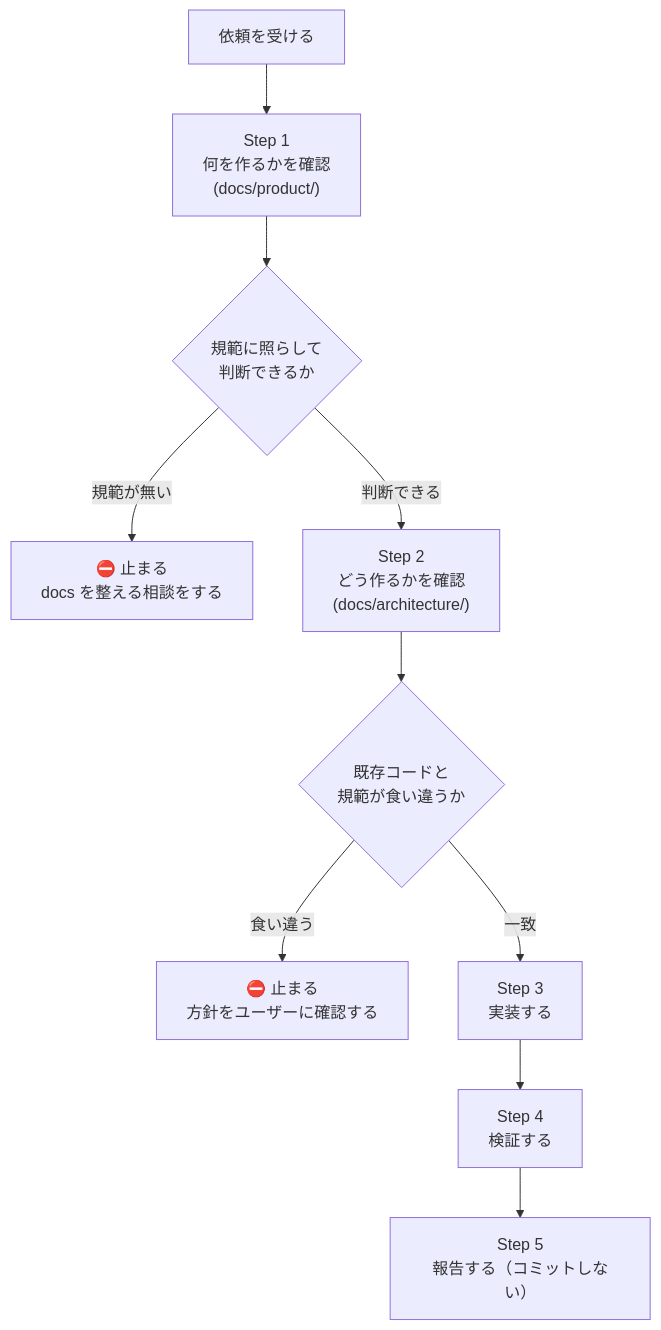
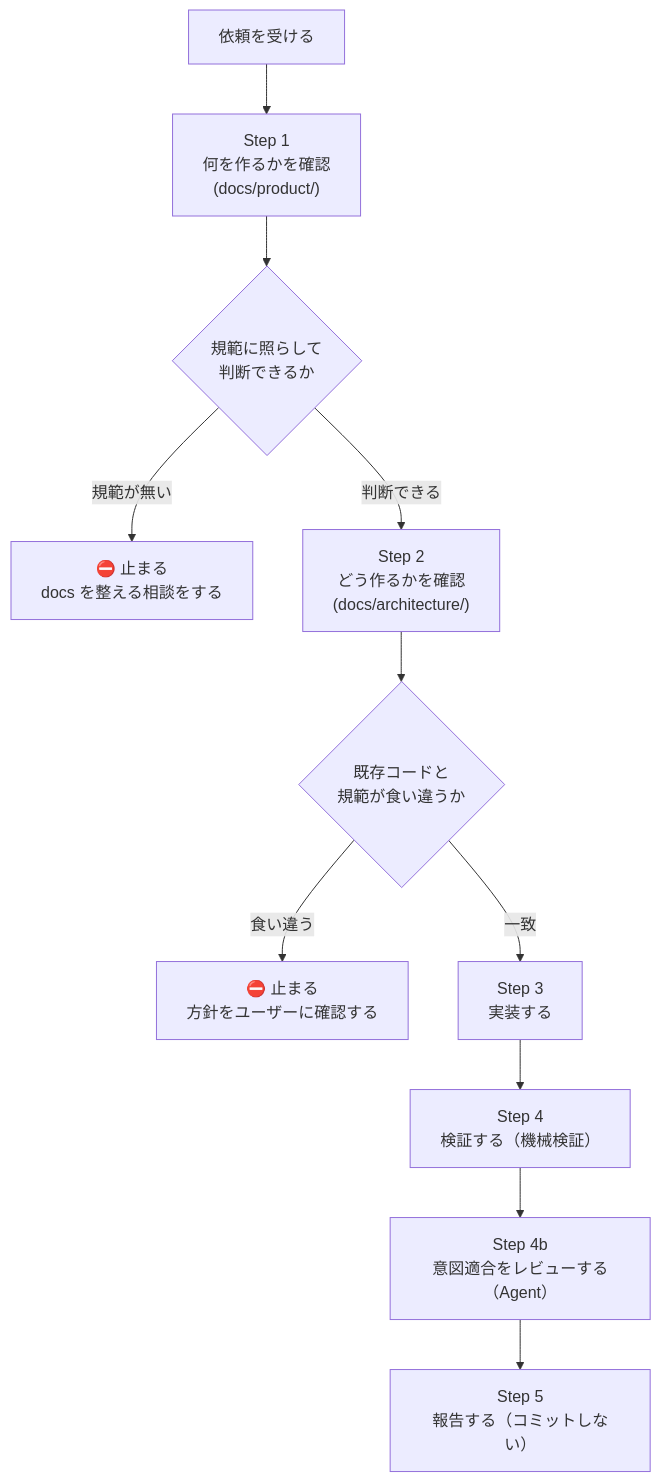
Before and after one commit to hirayamahiroto/beatSinkCentral: the diagram in .claude/skills/frontend-feature/SKILL.md, drawn with Mermaid. The commit also changed other lines of this file and 5 other files, not shown here.

````diff
--- a/.claude/skills/frontend-feature/SKILL.md
+++ b/.claude/skills/frontend-feature/SKILL.md
@@ -65,12 +65,13 @@
 ```mermaid
 flowchart TD
     S["依頼を受ける"] --> S1["Step 1<br/>何を作るかを確認<br/>(docs/product/)"]
     S1 --> Q1{"規範に照らして<br/>判断できるか"}
     Q1 -->|"規範が無い"| STOP1["⛔ 止まる<br/>docs を整える相談をする"]
     Q1 -->|"判断できる"| S2["Step 2<br/>どう作るかを確認<br/>(docs/architecture/)"]
     S2 --> Q2{"既存コードと<br/>規範が食い違うか"}
     Q2 -->|"食い違う"| STOP2["⛔ 止まる<br/>方針をユーザーに確認する"]
     Q2 -->|"一致"| S3["Step 3<br/>実装する"]
-    S3 --> S4["Step 4<br/>検証する"]
-    S4 --> S5["Step 5<br/>報告する（コミットしない）"]
+    S3 --> S4["Step 4<br/>検証する（機械検証）"]
+    S4 --> S4b["Step 4b<br/>意図適合をレビューする（Agent）"]
+    S4b --> S5["Step 5<br/>報告する（コミットしない）"]
 ```
````
